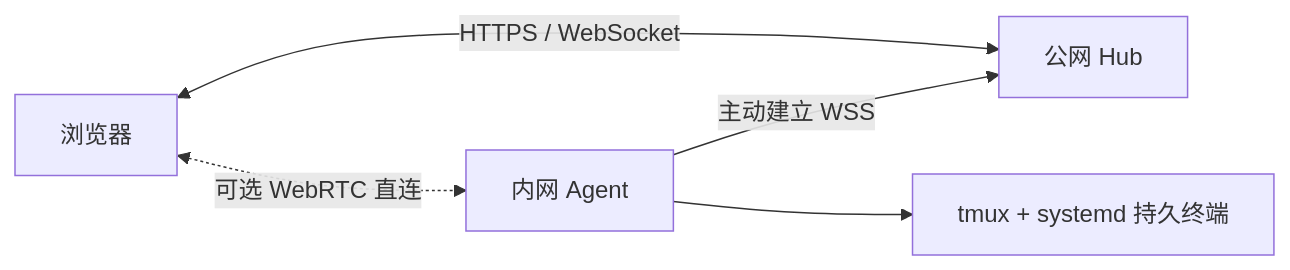
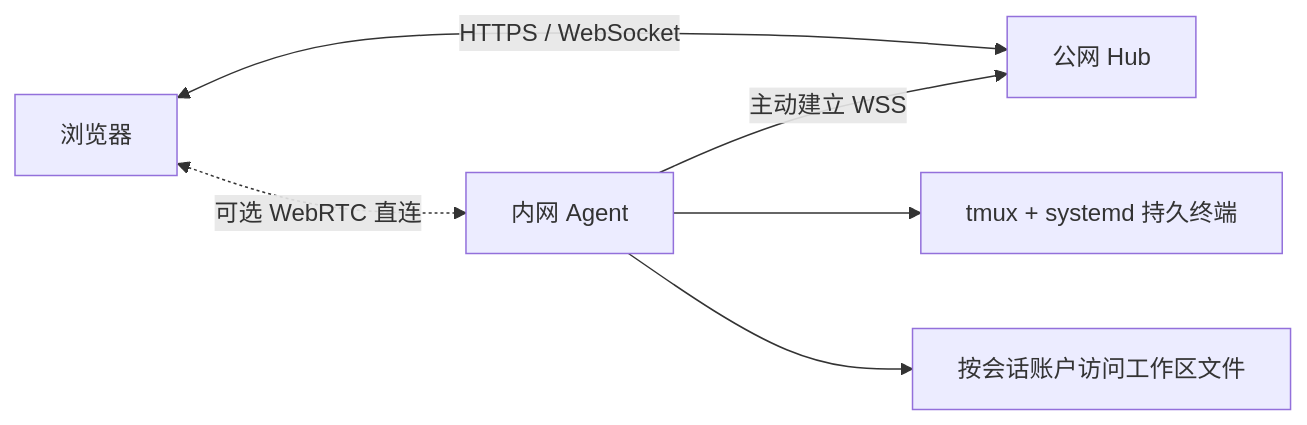
Before and after one commit to Cptzzzzz/workdeck: the diagram in README.md, drawn with Mermaid. The commit also changed other lines of this file and 4 other files, not shown here.

````diff
--- a/README.md
+++ b/README.md
@@ -17,7 +20,8 @@
 ```mermaid
 flowchart LR
     browser[浏览器] <-->|HTTPS / WebSocket| hub[公网 Hub]
     agent[内网 Agent] -->|主动建立 WSS| hub
     browser <-.->|可选 WebRTC 直连| agent
     agent --> terminal[tmux + systemd 持久终端]
+    agent --> files[按会话账户访问工作区文件]
 ```
````
